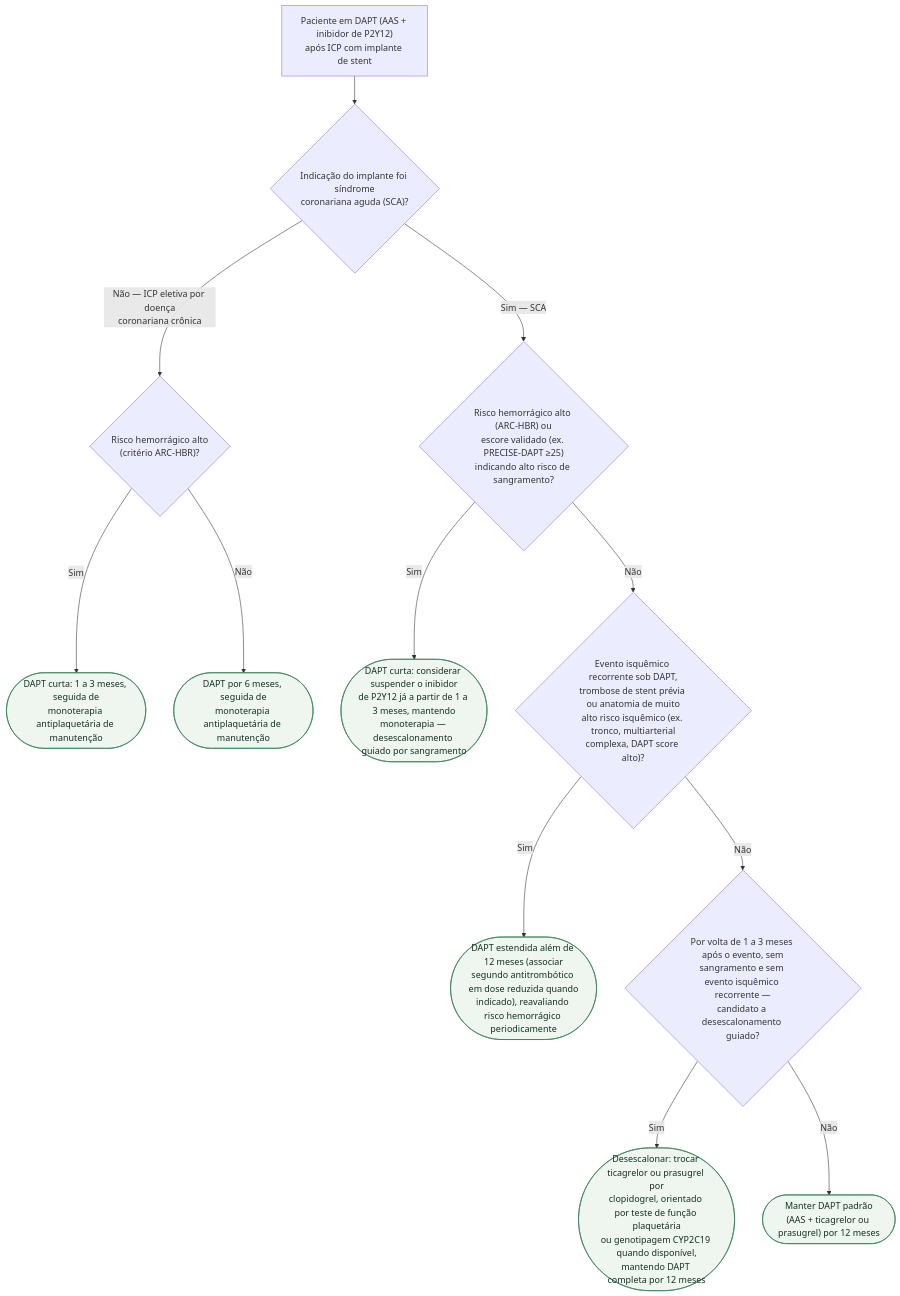
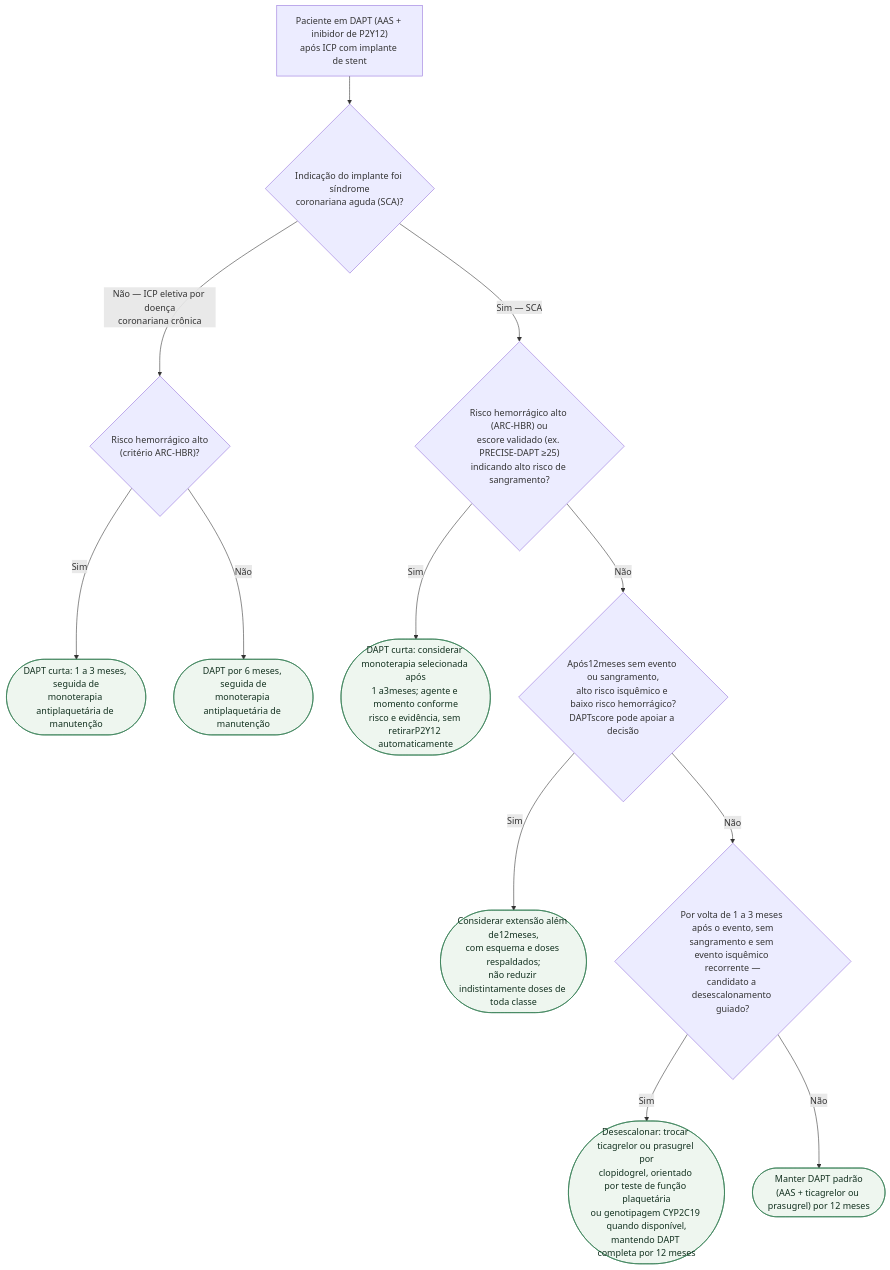
The diagram in content/Doença_coronariana/fluxograma-duracao-e-desescalonamento-da-dapt-apos-icp.md (rafaelpaesmeirelles/MeuCardio), drawn with Mermaid before and after one commit. The commit also changed other lines of this file and 33 other files, not shown here.

````diff
--- a/content/Doença_coronariana/fluxograma-duracao-e-desescalonamento-da-dapt-apos-icp.md
+++ b/content/Doença_coronariana/fluxograma-duracao-e-desescalonamento-da-dapt-apos-icp.md
@@ -26,27 +41,27 @@
 ```mermaid
 flowchart TD
   R0["Paciente em DAPT (AAS + inibidor de P2Y12)<br/>após ICP com implante de stent"] --> D1{"Indicação do implante foi síndrome<br/>coronariana aguda (SCA)?"}
 
   D1 -->|"Não — ICP eletiva por doença<br/>coronariana crônica"| D2{"Risco hemorrágico alto<br/>(critério ARC-HBR)?"}
 
   D2 -->|"Sim"| C1(["DAPT curta: 1 a 3 meses, seguida de<br/>monoterapia antiplaquetária de manutenção"])
 
   D2 -->|"Não"| C2(["DAPT por 6 meses, seguida de<br/>monoterapia antiplaquetária de manutenção"])
 
   D1 -->|"Sim — SCA"| D3{"Risco hemorrágico alto (ARC-HBR) ou<br/>escore validado (ex. PRECISE-DAPT ≥25)<br/>indicando alto risco de sangramento?"}
 
-  D3 -->|"Sim"| C3(["DAPT curta: considerar suspender o inibidor<br/>de P2Y12 já a partir de 1 a 3 meses, mantendo<br/>monoterapia — desescalonamento guiado por sangramento"])
+  D3 -->|"Sim"| C3(["DAPT curta: considerar monoterapia selecionada após<br/>1 a3meses; agente e momento conforme<br/>risco e evidência, sem retirarP2Y12 automaticamente"])
 
-  D3 -->|"Não"| D4{"Evento isquêmico recorrente sob DAPT,<br/>trombose de stent prévia ou anatomia de muito<br/>alto risco isquêmico (ex. tronco, multiarterial<br/>complexa, DAPT score alto)?"}
+  D3 -->|"Não"| D4{"Após12meses sem evento ou sangramento,<br/>alto risco isquêmico e baixo risco hemorrágico?<br/>DAPTscore pode apoiar a decisão"}
 
-  D4 -->|"Sim"| C4(["DAPT estendida além de 12 meses (associar<br/>segundo antitrombótico em dose reduzida quando<br/>indicado), reavaliando risco hemorrágico periodicamente"])
+  D4 -->|"Sim"| C4(["Considerar extensão além de12meses,<br/>com esquema e doses respaldados;<br/>não reduzir indistintamente doses de toda classe"])
 
   D4 -->|"Não"| D5{"Por volta de 1 a 3 meses após o evento, sem<br/>sangramento e sem evento isquêmico recorrente —<br/>candidato a desescalonamento guiado?"}
 
   D5 -->|"Sim"| C5(["Desescalonar: trocar ticagrelor ou prasugrel por<br/>clopidogrel, orientado por teste de função plaquetária<br/>ou genotipagem CYP2C19 quando disponível,<br/>mantendo DAPT completa por 12 meses"])
 
   D5 -->|"Não"| C6(["Manter DAPT padrão<br/>(AAS + ticagrelor ou prasugrel) por 12 meses"])
 
   classDef conduta fill:#eef6ef,stroke:#2f7a4f,color:#12301f;
   class C1,C2,C3,C4,C5,C6 conduta;
 ```
````
